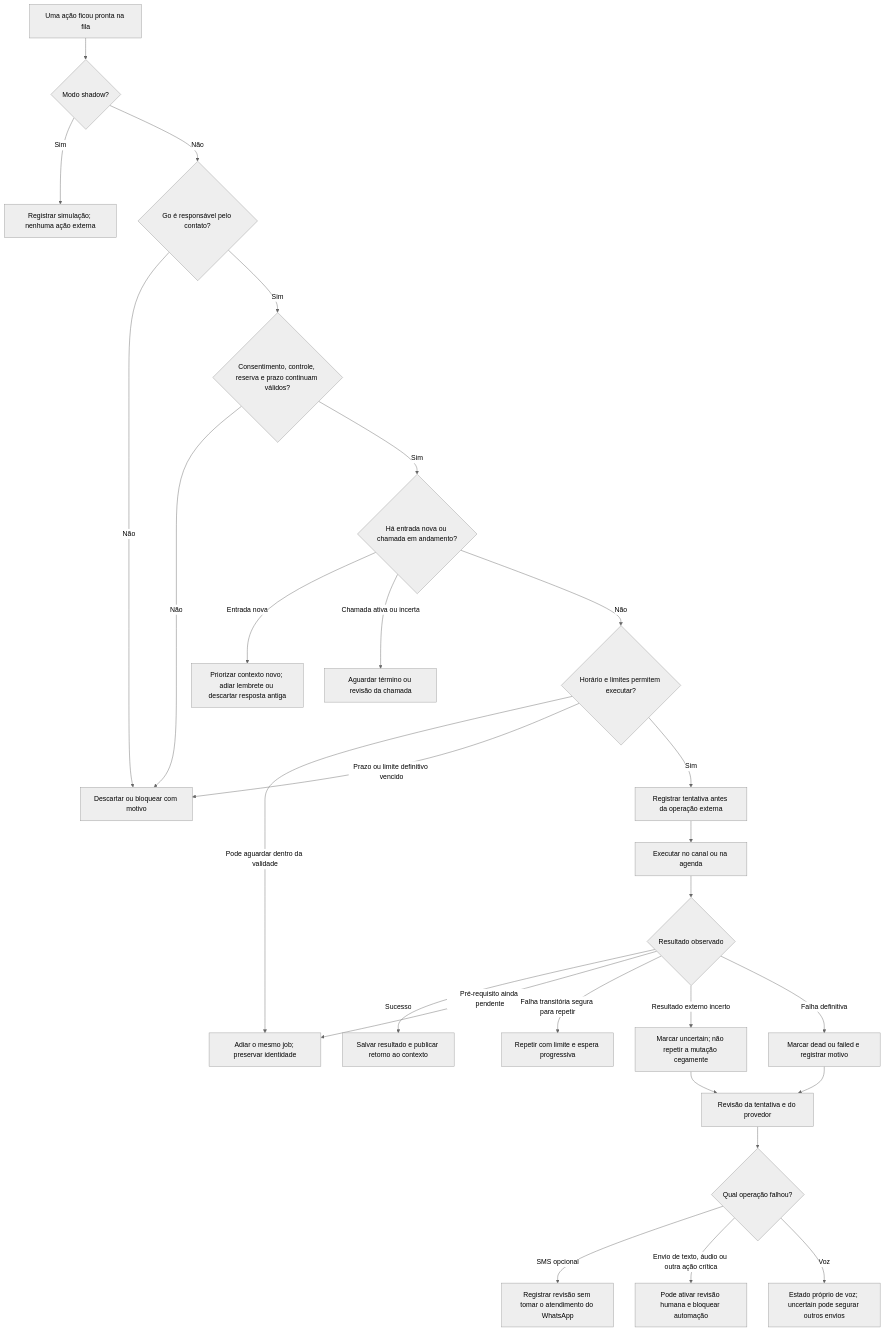
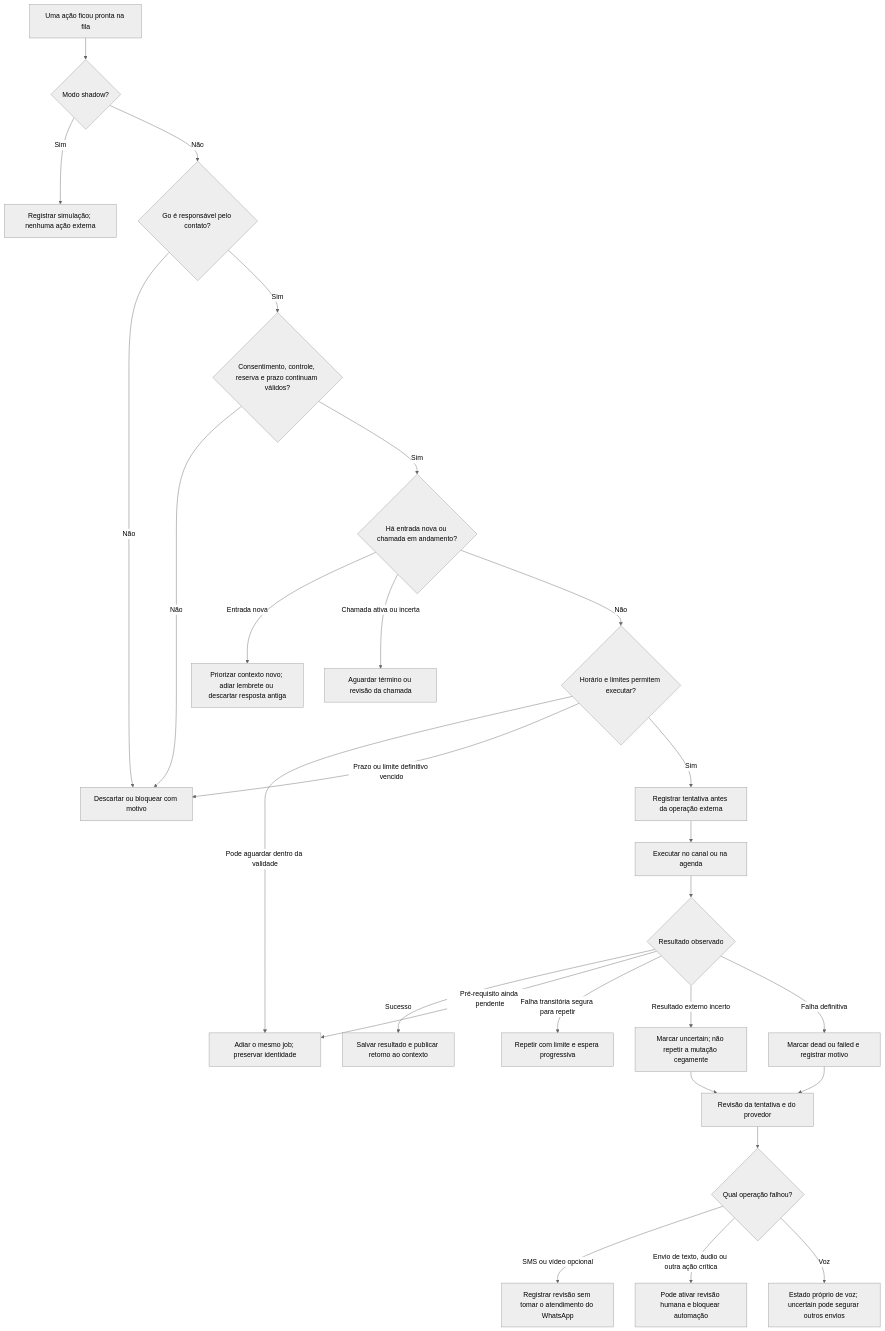
Before and after one commit to tom-lisboa/ArkomSDR: the diagram in docs/mermaid/10-bloqueios-e-falhas.mmd, drawn with Mermaid (neutral theme). The commit also changed 29 other files, not shown here.

Commit message:
Send Camozzi case video after the delivered WhatsApp opening

```diff
--- a/docs/mermaid/10-bloqueios-e-falhas.mmd
+++ b/docs/mermaid/10-bloqueios-e-falhas.mmd
@@ -1,27 +1,27 @@
 flowchart TD
     E0["Uma ação ficou pronta na fila"] --> E1{"Modo shadow?"}
     E1 -->|Sim| ESIM["Registrar simulação; nenhuma ação externa"]
     E1 -->|Não| E2{"Go é responsável pelo contato?"}
     E2 -->|Não| ESKIP["Descartar ou bloquear com motivo"]
     E2 -->|Sim| E3{"Consentimento, controle, reserva e prazo continuam válidos?"}
     E3 -->|Não| ESKIP
     E3 -->|Sim| E4{"Há entrada nova ou chamada em andamento?"}
     E4 -->|Entrada nova| EN["Priorizar contexto novo; adiar lembrete ou descartar resposta antiga"]
     E4 -->|Chamada ativa ou incerta| EV["Aguardar término ou revisão da chamada"]
     E4 -->|Não| E5{"Horário e limites permitem executar?"}
     E5 -->|Pode aguardar dentro da validade| EWAIT["Adiar o mesmo job; preservar identidade"]
     E5 -->|Prazo ou limite definitivo vencido| ESKIP
     E5 -->|Sim| ELEDGER["Registrar tentativa antes da operação externa"]
     ELEDGER --> EOP["Executar no canal ou na agenda"]
     EOP --> ER{"Resultado observado"}
     ER -->|Sucesso| EDONE["Salvar resultado e publicar retorno ao contexto"]
     ER -->|Pré-requisito ainda pendente| EWAIT
     ER -->|Falha transitória segura para repetir| ERETRY["Repetir com limite e espera progressiva"]
     ER -->|Resultado externo incerto| EUNC["Marcar uncertain; não repetir a mutação cegamente"]
     ER -->|Falha definitiva| EDEAD["Marcar dead ou failed e registrar motivo"]
     EUNC --> EREV["Revisão da tentativa e do provedor"]
     EDEAD --> EREV
     EREV --> ECHAN{"Qual operação falhou?"}
-    ECHAN -->|SMS opcional| ESMS["Registrar revisão sem tomar o atendimento do WhatsApp"]
+    ECHAN -->|SMS ou vídeo opcional| ESMS["Registrar revisão sem tomar o atendimento do WhatsApp"]
     ECHAN -->|Envio de texto, áudio ou outra ação crítica| EHUM["Pode ativar revisão humana e bloquear automação"]
     ECHAN -->|Voz| EVO["Estado próprio de voz; uncertain pode segurar outros envios"]
```
